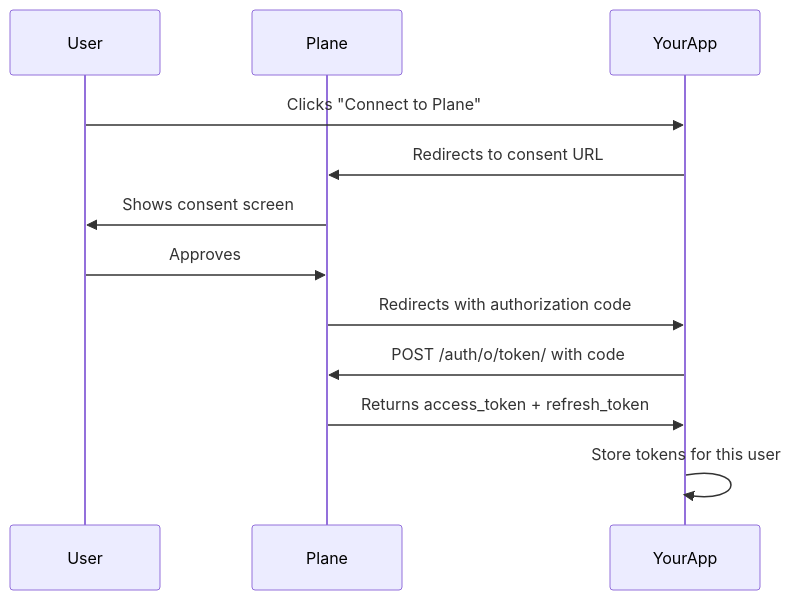
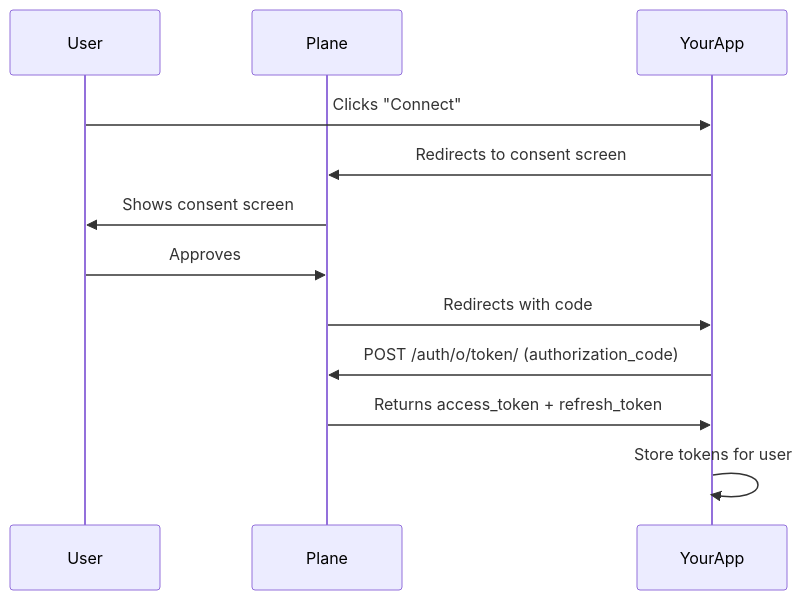
One commit to makeplane/developer-docs changed the second of 2 diagrams in docs/dev-tools/build-plane-app.md. Above: the diagram before and after it, drawn with Mermaid. The commit also changed other lines of this file, not shown here.

Commit message:
make docs for building plane app more simpler

````diff
--- a/docs/dev-tools/build-plane-app.md
+++ b/docs/dev-tools/build-plane-app.md
@@ -476,15 +157,15 @@
 ```mermaid
 sequenceDiagram
     participant User
     participant Plane
     participant YourApp
 
-    User->>YourApp: Clicks "Connect to Plane"
-    YourApp->>Plane: Redirects to consent URL
+    User->>YourApp: Clicks "Connect"
+    YourApp->>Plane: Redirects to consent screen
     Plane->>User: Shows consent screen
     User->>Plane: Approves
-    Plane->>YourApp: Redirects with authorization code
-    YourApp->>Plane: POST /auth/o/token/ with code
+    Plane->>YourApp: Redirects with code
+    YourApp->>Plane: POST /auth/o/token/ (authorization_code)
     Plane->>YourApp: Returns access_token + refresh_token
-    YourApp->>YourApp: Store tokens for this user
+    YourApp->>YourApp: Store tokens for user
 ```
````
